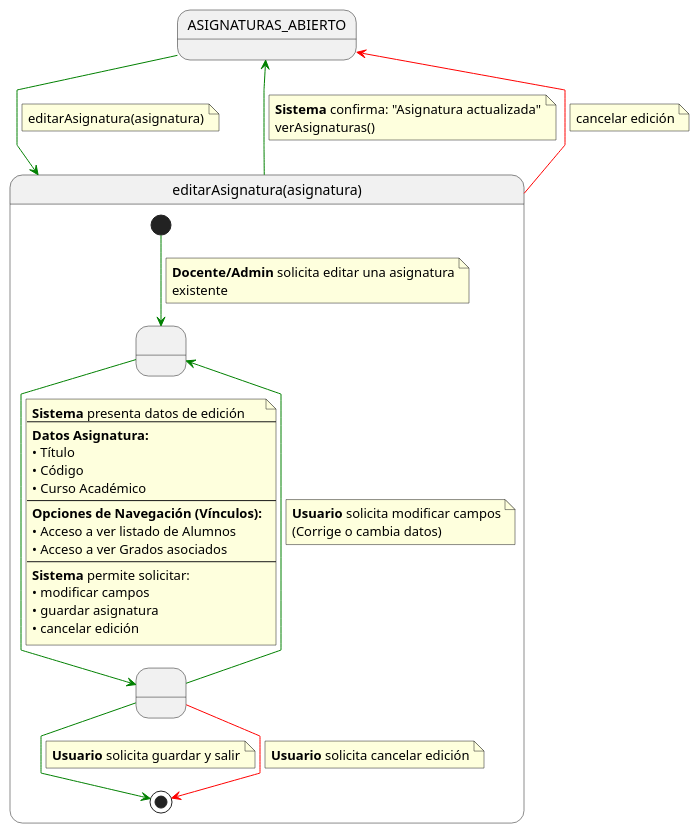
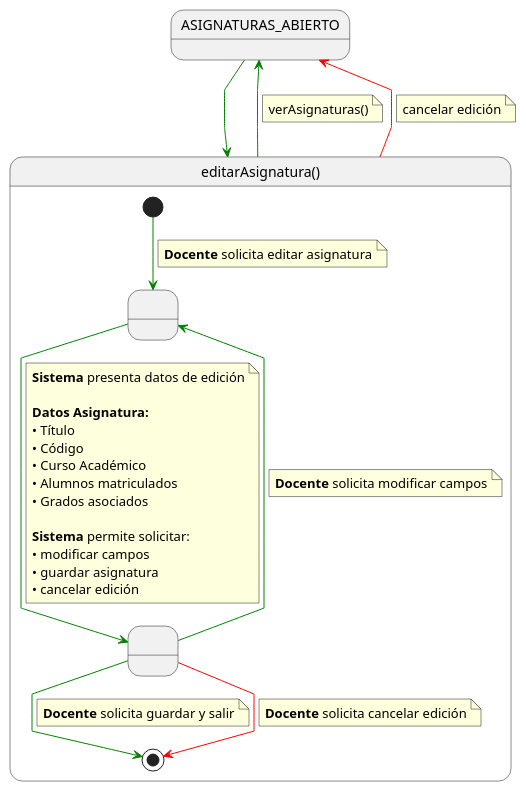
One commit to martinlopez7/25-26-IdSw1-SdR changed the diagram in documents/casos-de-uso/detalladoCasosDeUso/editarAsignatura/editarAsignatura.puml. Above: the diagram before and after it, drawn with PlantUML. The commit also changed 13 other files, not shown here.

```diff
--- a/documents/casos-de-uso/detalladoCasosDeUso/editarAsignatura/editarAsignatura.puml
+++ b/documents/casos-de-uso/detalladoCasosDeUso/editarAsignatura/editarAsignatura.puml
@@ -1,78 +1,60 @@
 @startuml
 skinparam linetype polyline
 
-' 1. ESTADO PREVIO (Contexto de origen: Listado de Asignaturas)
 state ASIGNATURAS_ABIERTO
 
-' 2. ENTRADA AL CASO DE USO
 ASIGNATURAS_ABIERTO -[#green]-> editarAsignatura
-note on link
-editarAsignatura(asignatura)
-end note
 
-' 3. DETALLE DEL PROCESO
-state editarAsignatura as "editarAsignatura(asignatura)" {
+state editarAsignatura as "editarAsignatura()" {
 
     state " " as EditandoDatos
     state " " as GuardandoDatos 
 
     [*] -[#green]-> EditandoDatos 
     note on link
-    <b>Docente/Admin</b> solicita editar una asignatura
-    existente
+    <b>Docente</b> solicita editar asignatura
     end note    
     
     EditandoDatos -[#green]-> GuardandoDatos
     note on link
     <b>Sistema</b> presenta datos de edición
-    ---
+
     <b>Datos Asignatura:</b>
     • Título
     • Código
     • Curso Académico
-    ---
-    <b>Opciones de Navegación (Vínculos):</b>
-    • Acceso a ver listado de Alumnos
-    • Acceso a ver Grados asociados
-    ---
+    • Alumnos matriculados
+    • Grados asociados
+    
     <b>Sistema</b> permite solicitar:
     • modificar campos
     • guardar asignatura
     • cancelar edición
     end note
     
-    ' Ciclo de modificación (Patrón Interactivo)
     GuardandoDatos -[#green]-> EditandoDatos
     note on link
-    <b>Usuario</b> solicita modificar campos
-    (Corrige o cambia datos)
+    <b>Docente</b> solicita modificar campos
     end note
     
-    ' Salida Exitosa (Interna)
     GuardandoDatos -[#green]-> [*]
     note on link
-    <b>Usuario</b> solicita guardar y salir
+    <b>Docente</b> solicita guardar y salir
     end note
 
-    ' Salida Cancelada (Interna)
     GuardandoDatos -[#red]-> [*]
     note on link
-    <b>Usuario</b> solicita cancelar edición
+    <b>Docente</b> solicita cancelar edición
     end note
 }
 
-' 4. SALIDAS EXTERNAS
-
-' Salida Exitosa con CONFIRMACIÓN
 editarAsignatura -[#green]-> ASIGNATURAS_ABIERTO
 note on link
-<b>Sistema</b> confirma: "Asignatura actualizada"
 verAsignaturas()
 end note
 
-' Salida Cancelada
 editarAsignatura -[#red]-> ASIGNATURAS_ABIERTO
 note on link
 cancelar edición
 end note
 @enduml
```
